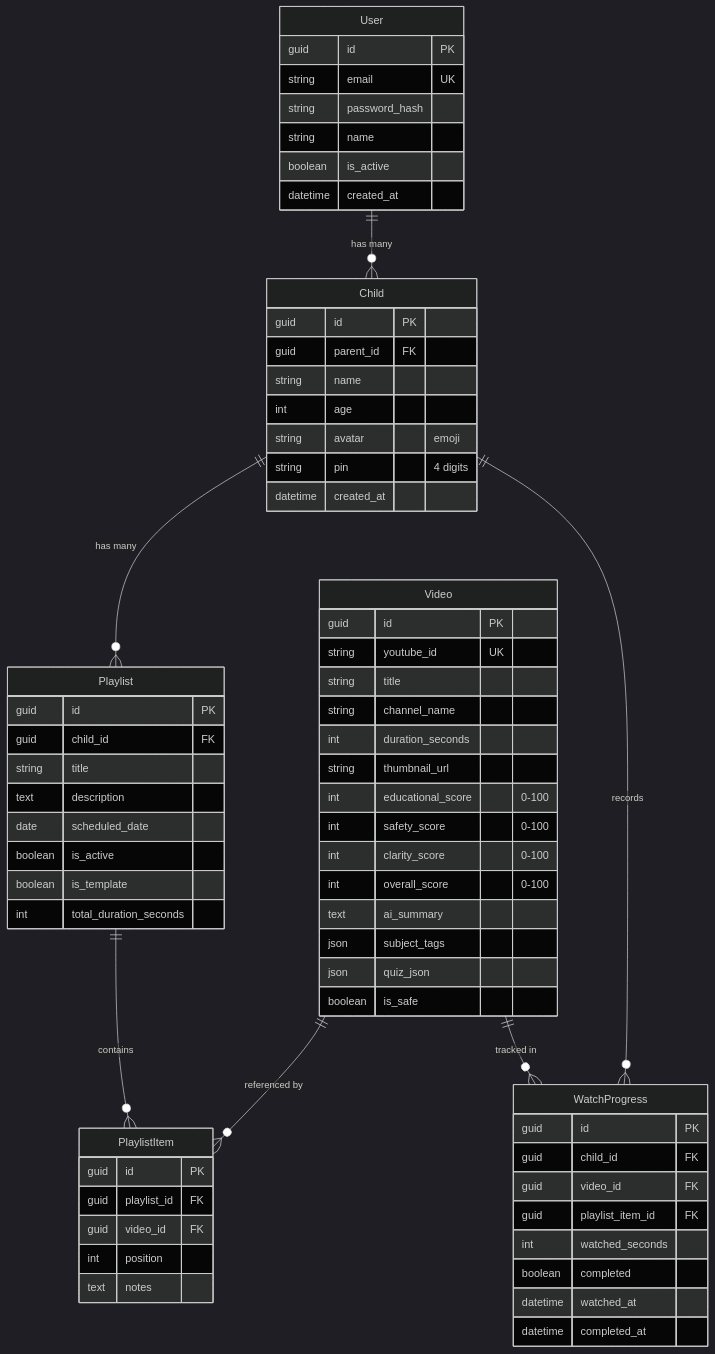
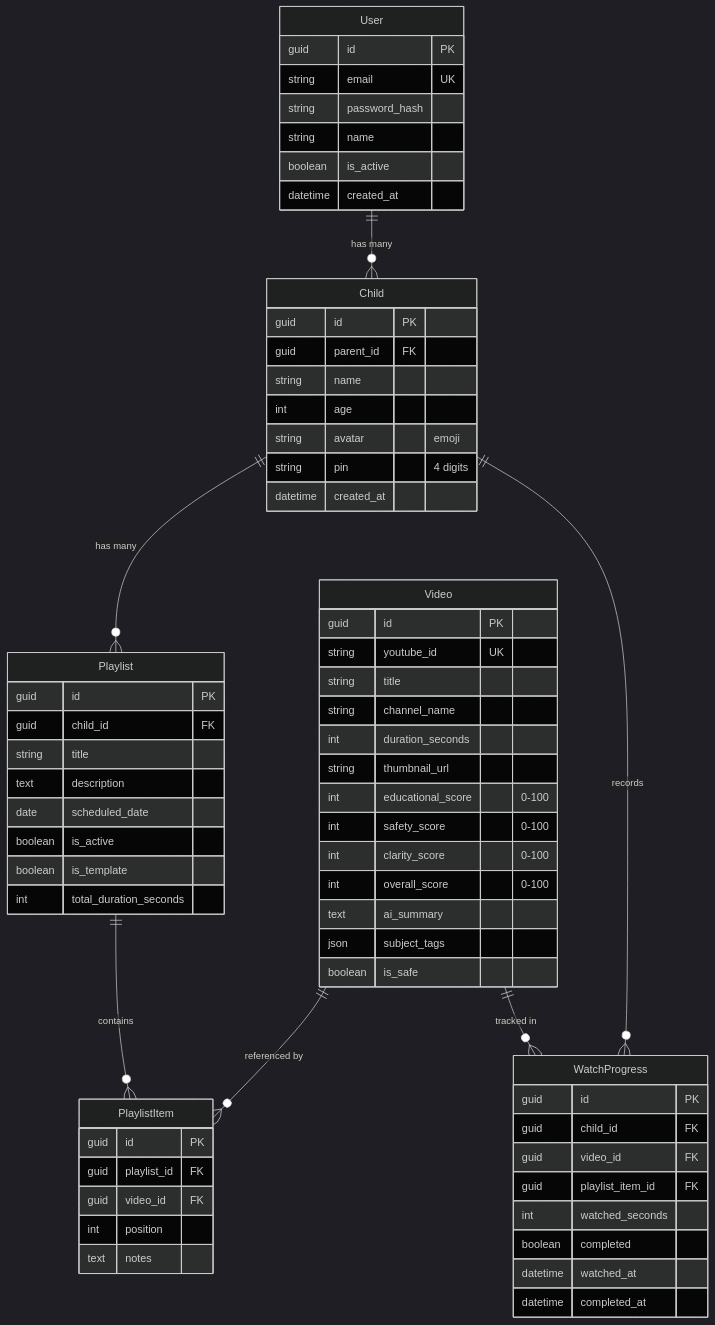
One commit to Sriramchara/kidcurate changed the third of 3 diagrams in PROJECT_OVERVIEW.md. Above: the diagram before and after it, drawn with Mermaid (dark theme). The commit also changed other lines of this file and 8 other files, not shown here.

````diff
--- a/PROJECT_OVERVIEW.md
+++ b/PROJECT_OVERVIEW.md
@@ -200,75 +185,74 @@
 ```mermaid
 erDiagram
     User ||--o{ Child : "has many"
     Child ||--o{ Playlist : "has many"
     Child ||--o{ WatchProgress : "records"
     Playlist ||--o{ PlaylistItem : "contains"
     Video ||--o{ PlaylistItem : "referenced by"
     Video ||--o{ WatchProgress : "tracked in"
 
     User {
         guid id PK
         string email UK
         string password_hash
         string name
         boolean is_active
         datetime created_at
     }
 
     Child {
         guid id PK
         guid parent_id FK
         string name
         int age
         string avatar "emoji"
         string pin "4 digits"
         datetime created_at
     }
 
     Video {
         guid id PK
         string youtube_id UK
         string title
         string channel_name
         int duration_seconds
         string thumbnail_url
         int educational_score "0-100"
         int safety_score "0-100"
         int clarity_score "0-100"
         int overall_score "0-100"
         text ai_summary
         json subject_tags
-        json quiz_json
         boolean is_safe
     }
 
     Playlist {
         guid id PK
         guid child_id FK
         string title
         text description
         date scheduled_date
         boolean is_active
         boolean is_template
         int total_duration_seconds
     }
 
     PlaylistItem {
         guid id PK
         guid playlist_id FK
         guid video_id FK
         int position
         text notes
     }
 
     WatchProgress {
         guid id PK
         guid child_id FK
         guid video_id FK
         guid playlist_item_id FK
         int watched_seconds
         boolean completed
         datetime watched_at
         datetime completed_at
     }
 ```
````
